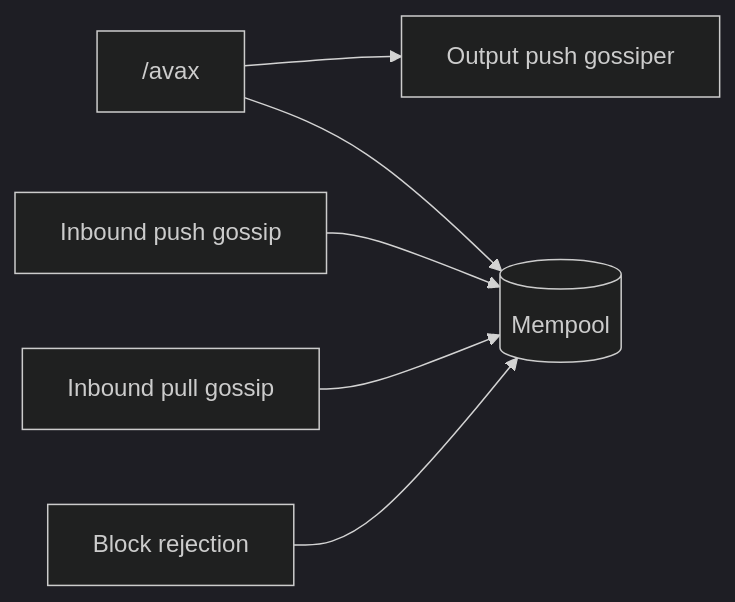
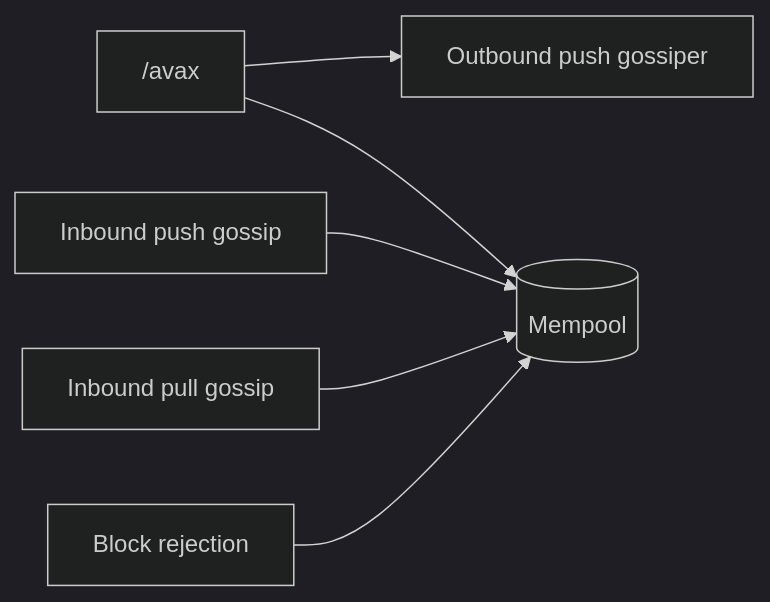
Before and after one commit to ava-labs/avalanchego: the third of 3 diagrams in vms/saevm/cchain/README.md, drawn with Mermaid (dark theme).

````diff
--- a/vms/saevm/cchain/README.md
+++ b/vms/saevm/cchain/README.md
@@ -113,15 +113,15 @@
 ```mermaid
 flowchart LR
     rpc["/avax"]
-    pushgossip["Output push gossiper"]
+    pushgossip["Outbound push gossiper"]
     push["Inbound push gossip"]
     pull["Inbound pull gossip"]
     rej["Block rejection"]
     mempool[("Mempool")]
 
     rpc --> pushgossip
     rpc --> mempool
     push --> mempool
     pull --> mempool
     rej --> mempool
 ```
````
